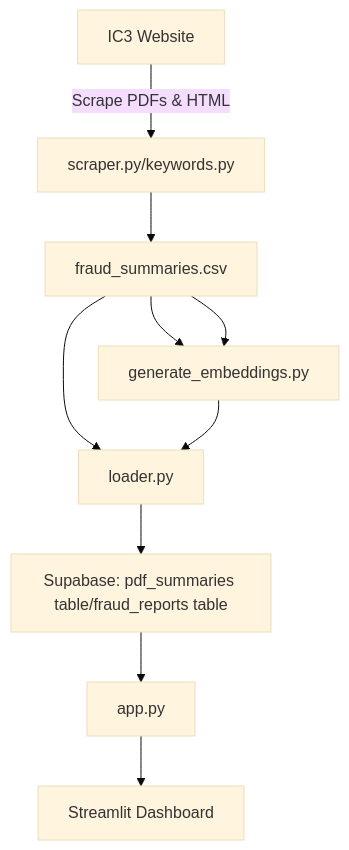
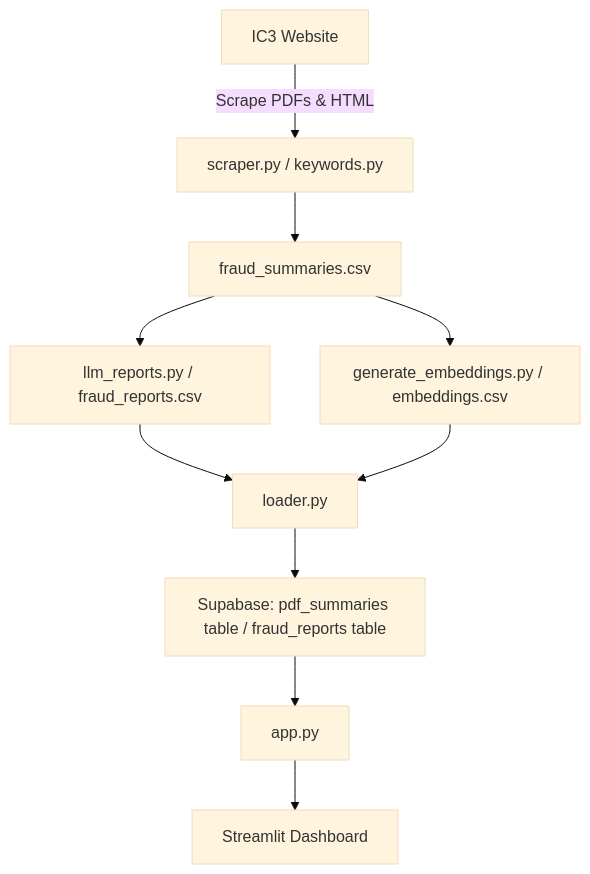
One commit to JaysonAllman/DTSC-Fraud-Project changed the diagram in README.md. Above: the diagram before and after it, drawn with Mermaid (base theme).

````diff
--- a/README.md
+++ b/README.md
@@ -44,13 +44,16 @@
 ```mermaid
 graph TD
-    A[IC3 Website] -->|Scrape PDFs & HTML| B[scraper.py/keywords.py]
+    A[IC3 Website] -->|Scrape PDFs & HTML| B[scraper.py / keywords.py]
     B --> C[fraud_summaries.csv]
+
     C --> D[llm_reports.py / fraud_reports.csv]
-    C --> E[loader.py]
-    C --> D[generate_embeddings.py]
+    C --> I[generate_embeddings.py / embeddings.csv]
+
     D --> E[loader.py]
-    E --> F[Supabase: pdf_summaries table/fraud_reports table]
+    I --> E[loader.py]
+
+    E --> F[Supabase: pdf_summaries table / fraud_reports table]
     F --> G[app.py]
     G --> H[Streamlit Dashboard]
 
 ```
````
